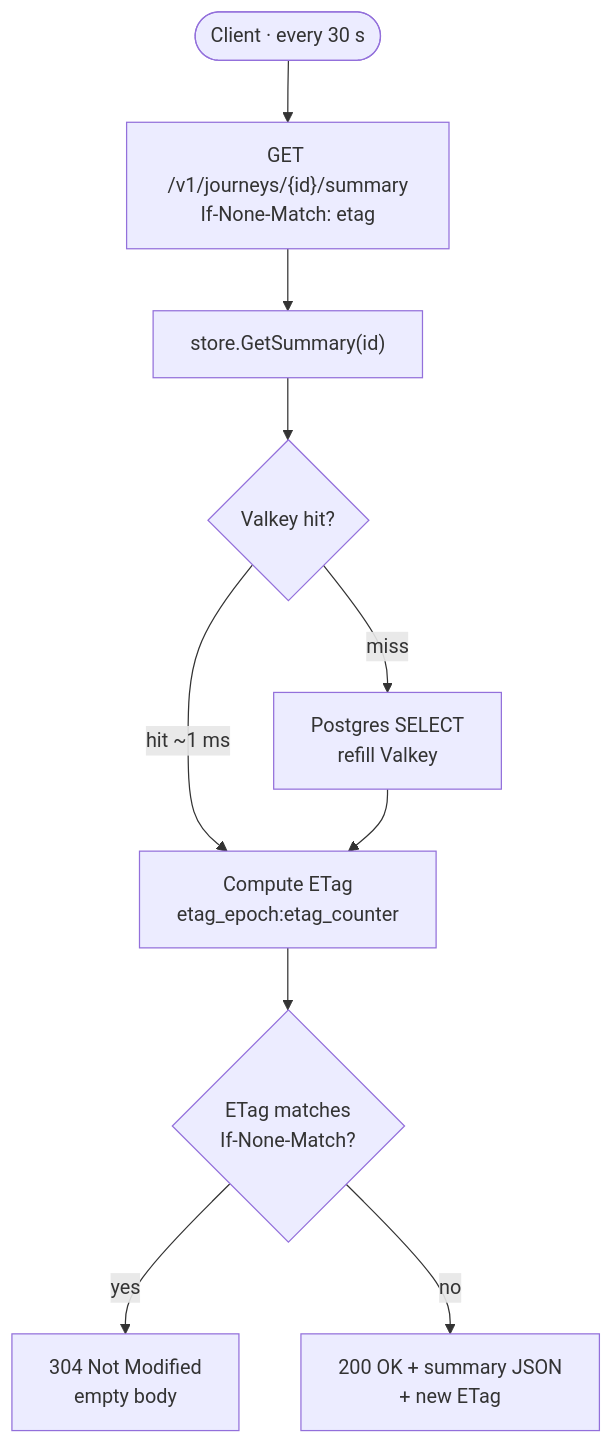
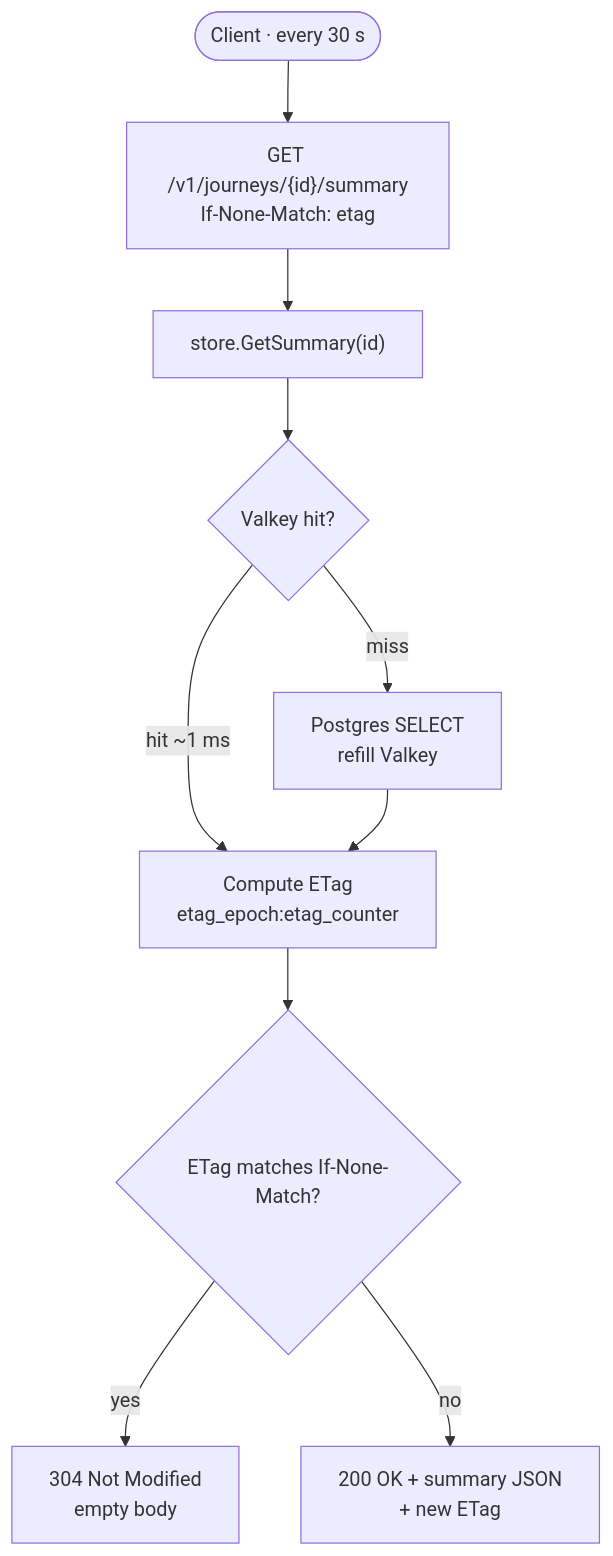
One commit to mgummich/train-delay-buddy changed the second of 3 diagrams in website/docs/architecture/data-flow.md. Above: the diagram before and after it, drawn with Mermaid. The commit also changed other lines of this file and 111 other files, not shown here.

````diff
--- a/website/docs/architecture/data-flow.md
+++ b/website/docs/architecture/data-flow.md
@@ -35,12 +35,12 @@
 ```mermaid
 flowchart TD
   A([Client · every 30 s]) --> B["GET /v1/journeys/{id}/summary\nIf-None-Match: etag"]
   B --> C["store.GetSummary(id)"]
   C --> D{Valkey hit?}
   D -->|hit ~1 ms| E["Compute ETag\netag_epoch:etag_counter"]
   D -->|miss| F["Postgres SELECT\nrefill Valkey"]
   F --> E
-  E --> G{ETag matches\nIf-None-Match?}
+  E --> G{ETag matches If-None-Match?}
   G -->|yes| G1["304 Not Modified\nempty body"]
   G -->|no| G2["200 OK + summary JSON\n+ new ETag"]
 ```
````
